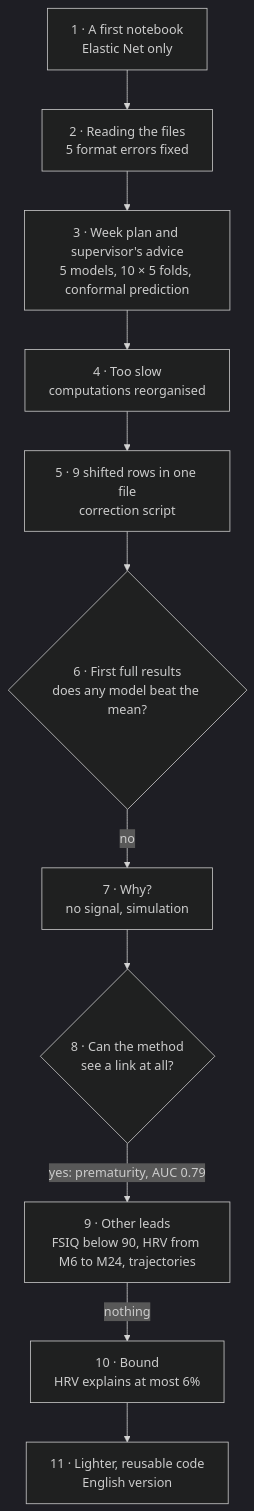
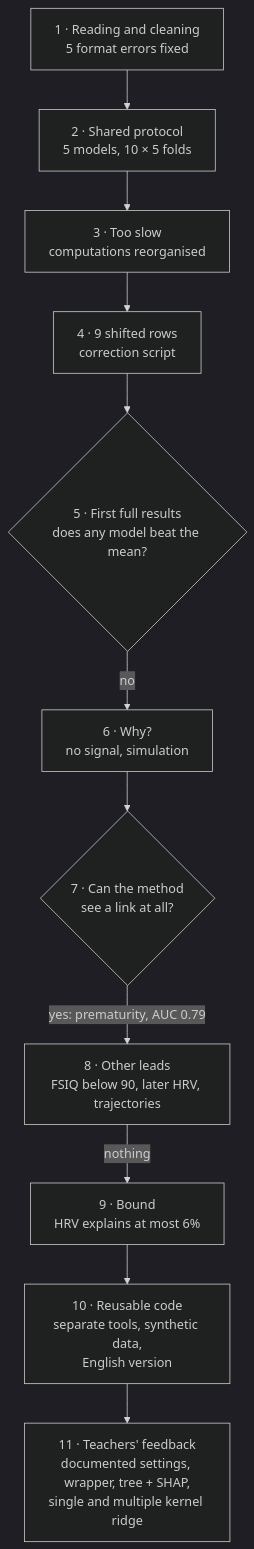
One commit to 1p0tato1/FSIQ-from-ECG changed the second of 2 diagrams in GroupA/Jade/README.md. Above: the diagram before and after it, drawn with Mermaid (dark theme). The commit also changed other lines of this file and 15 other files, not shown here.

````diff
--- a/GroupA/Jade/README.md
+++ b/GroupA/Jade/README.md
@@ -153,13 +161,13 @@
 ```mermaid
 flowchart TD
-    A["1 · A first notebook<br/>Elastic Net only"] --> B["2 · Reading the files<br/>5 format errors fixed"]
-    B --> C["3 · Week plan and supervisor's advice<br/>5 models, 10 × 5 folds, conformal prediction"]
-    C --> D["4 · Too slow<br/>computations reorganised"]
-    D --> E["5 · 9 shifted rows in one file<br/>correction script"]
-    E --> F{"6 · First full results<br/>does any model beat the mean?"}
-    F -- no --> G["7 · Why?<br/>no signal, simulation"]
-    G --> H{"8 · Can the method<br/>see a link at all?"}
-    H -- "yes: prematurity, AUC 0.79" --> I["9 · Other leads<br/>FSIQ below 90, HRV from M6 to M24, trajectories"]
-    I -- nothing --> J["10 · Bound<br/>HRV explains at most 6%"]
-    J --> K["11 · Lighter, reusable code<br/>English version"]
+    A["1 · Reading and cleaning<br/>5 format errors fixed"] --> B["2 · Shared protocol<br/>5 models, 10 × 5 folds"]
+    B --> C["3 · Too slow<br/>computations reorganised"]
+    C --> D["4 · 9 shifted rows<br/>correction script"]
+    D --> E{"5 · First full results<br/>does any model beat the mean?"}
+    E -- no --> F["6 · Why?<br/>no signal, simulation"]
+    F --> G{"7 · Can the method<br/>see a link at all?"}
+    G -- "yes: prematurity, AUC 0.79" --> H["8 · Other leads<br/>FSIQ below 90, later HRV, trajectories"]
+    H -- nothing --> I["9 · Bound<br/>HRV explains at most 6%"]
+    I --> J["10 · Reusable code<br/>separate tools, synthetic data,<br/>English version"]
+    J --> K["11 · Teachers' feedback<br/>documented settings, wrapper, tree + SHAP,<br/>single and multiple kernel ridge"]
 ```
````
